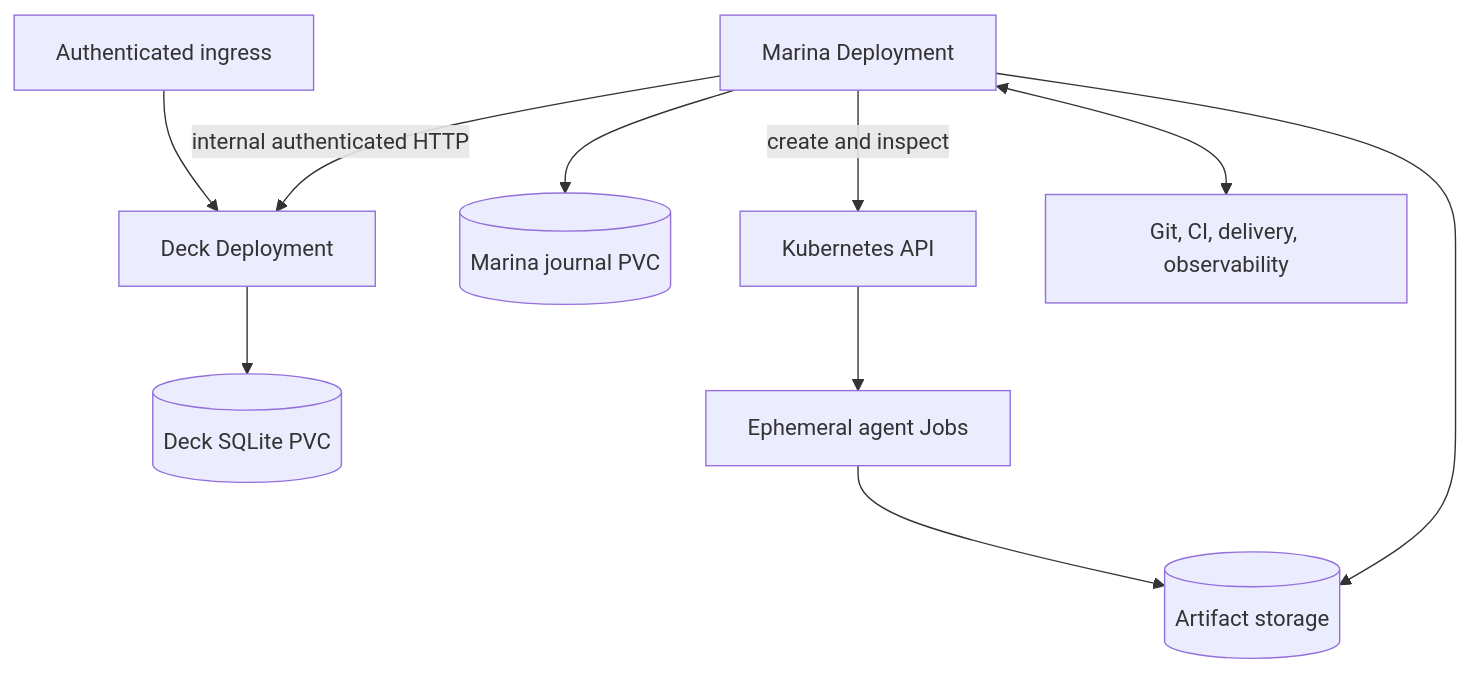
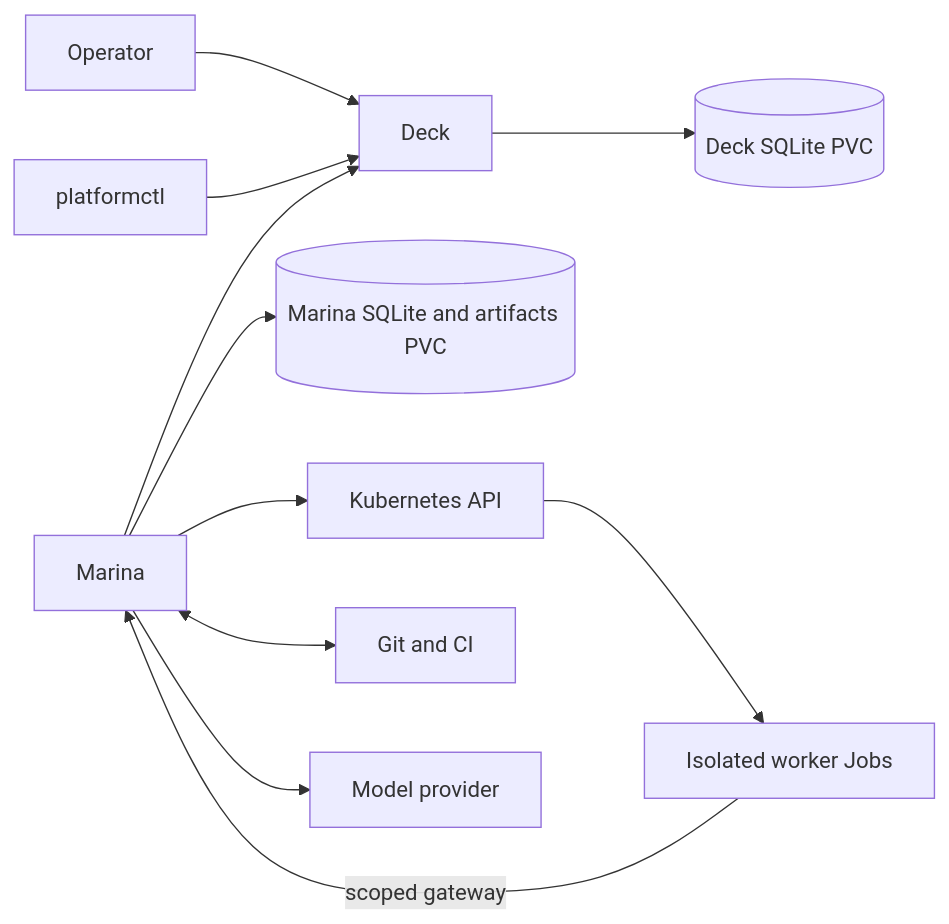
One commit to jmlero/the-platform changed the diagram in ARCHITECTURE.md. Above: the diagram before and after it, drawn with Mermaid. The commit also changed other lines of this file and 35 other files, not shown here.

````diff
--- a/ARCHITECTURE.md
+++ b/ARCHITECTURE.md
@@ -538,13 +140,13 @@
 ```mermaid
-flowchart TB
-    I[Authenticated ingress] --> A[Deck Deployment]
-    A --> AD[(Deck SQLite PVC)]
-
-    M[Marina Deployment] --> MD[(Marina journal PVC)]
-    M -->|internal authenticated HTTP| A
-    M -->|create and inspect| K[Kubernetes API]
-    K --> J[Ephemeral agent Jobs]
-    J --> AS[(Artifact storage)]
-    M --> AS
-    M <--> E[Git, CI, delivery, observability]
+flowchart LR
+    H[Operator] --> D[Deck]
+    C[platformctl] --> D
+    M[Marina] --> D
+    D --> DD[(Deck SQLite PVC)]
+    M --> MD[(Marina SQLite and artifacts PVC)]
+    M --> K[Kubernetes API]
+    K --> J[Isolated worker Jobs]
+    M <--> G[Git and CI]
+    J -->|scoped gateway| M
+    M --> P[Model provider]
 ```
````
